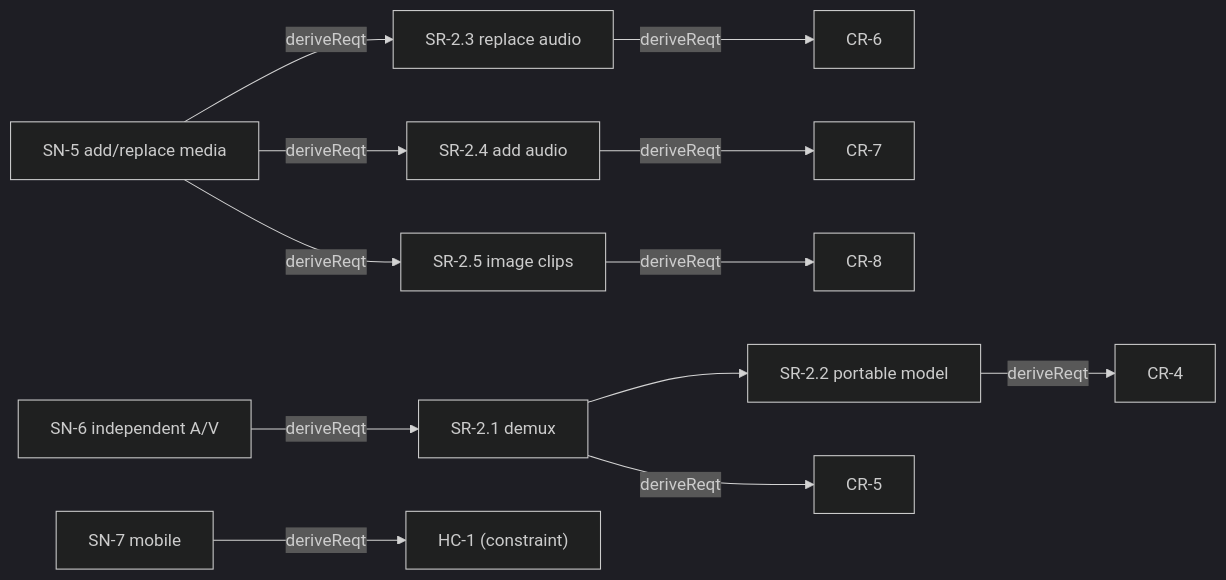
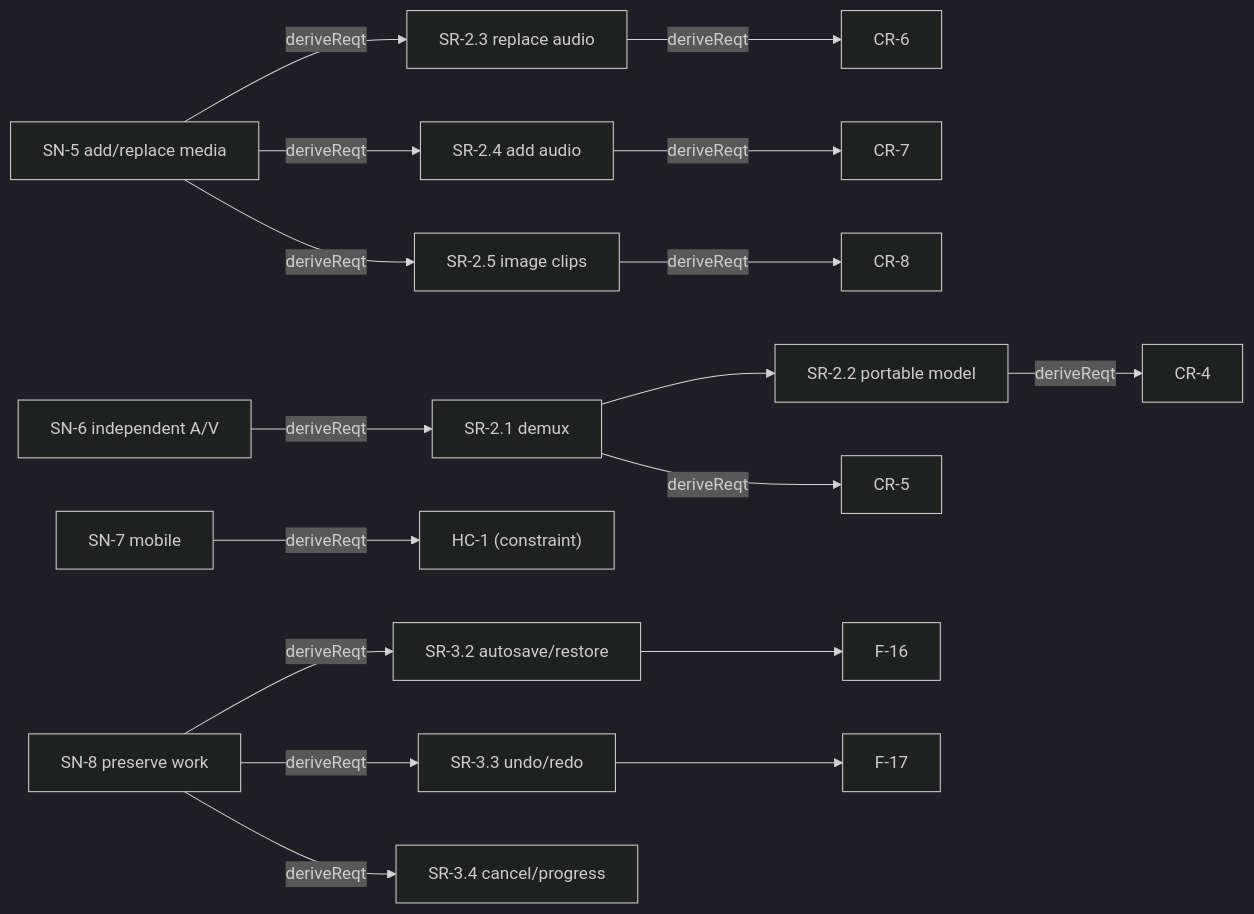
One commit to KarmaPoliceGitRepo/planets changed the second of 2 diagrams in reelcut/mbse/5-traceability.md. Above: the diagram before and after it, drawn with Mermaid (dark theme). The commit also changed other lines of this file and 41 other files, not shown here.

````diff
--- a/reelcut/mbse/5-traceability.md
+++ b/reelcut/mbse/5-traceability.md
@@ -26,10 +26,14 @@
 ```mermaid
 flowchart LR
   SN5["SN-5 add/replace media"] -->|deriveReqt| SR23["SR-2.3 replace audio"]
   SN5 -->|deriveReqt| SR24["SR-2.4 add audio"]
   SN5 -->|deriveReqt| SR25["SR-2.5 image clips"]
   SN6["SN-6 independent A/V"] -->|deriveReqt| SR21["SR-2.1 demux"] --> SR22["SR-2.2 portable model"]
   SR23 -->|deriveReqt| CR6["CR-6"]; SR24 -->|deriveReqt| CR7["CR-7"]
   SR25 -->|deriveReqt| CR8["CR-8"]; SR21 -->|deriveReqt| CR5["CR-5"]; SR22 -->|deriveReqt| CR4["CR-4"]
   SN7["SN-7 mobile"] -->|deriveReqt| HC1["HC-1 (constraint)"]
+  SN8["SN-8 preserve work"] -->|deriveReqt| SR32["SR-3.2 autosave/restore"]
+  SN8 -->|deriveReqt| SR33["SR-3.3 undo/redo"] --> F17["F-17"]
+  SN8 -->|deriveReqt| SR34["SR-3.4 cancel/progress"]
+  SR32 --> F16["F-16"]
 ```
````
